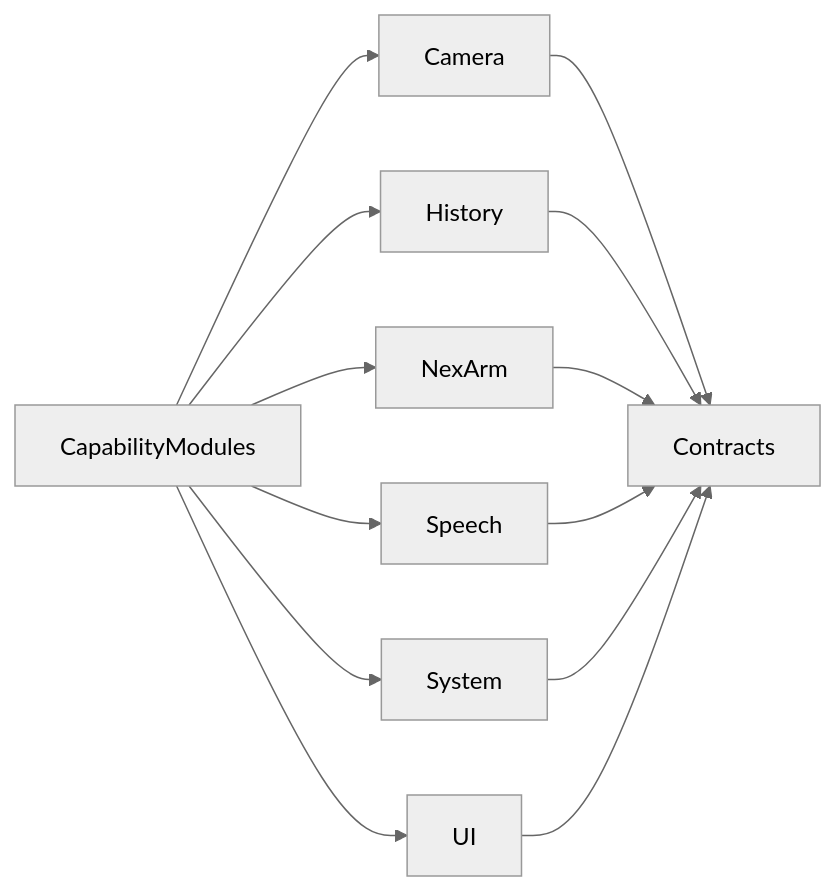
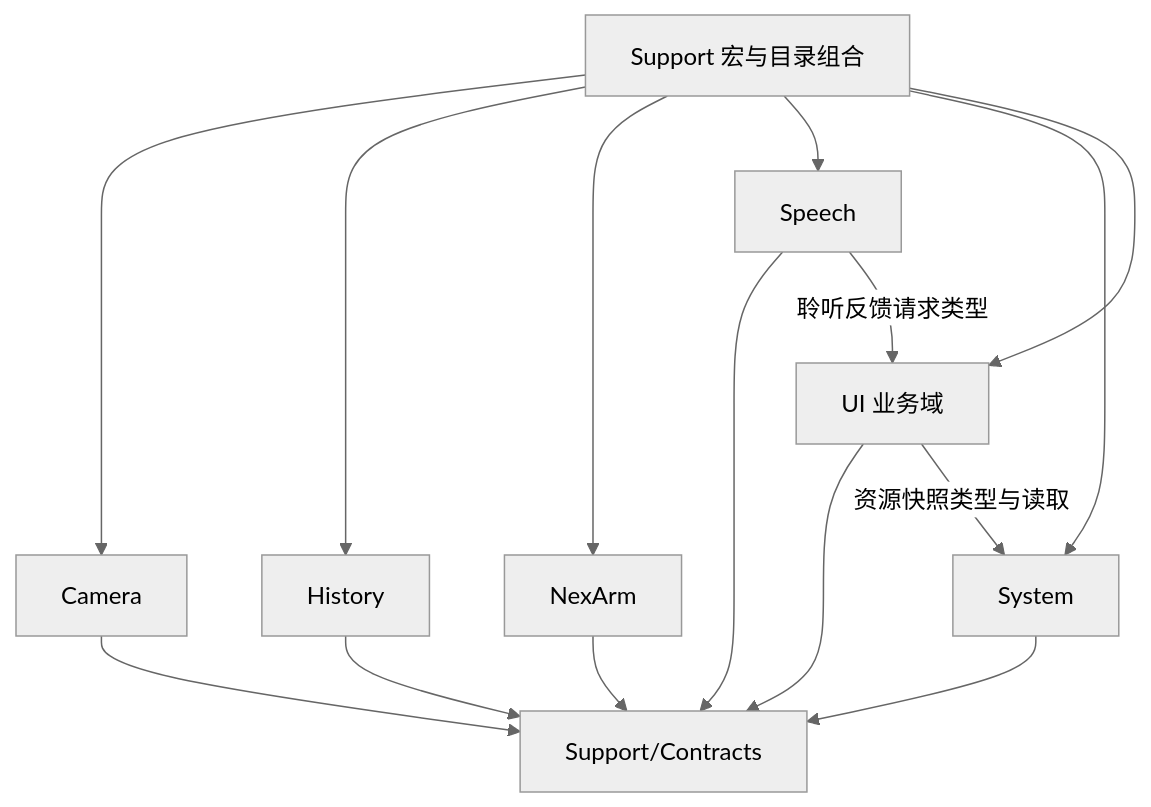
One commit to devilyouwei/MobileHarness changed the second of 2 diagrams in MobileHarness/Actions/README.md. Above: the diagram before and after it, drawn with Mermaid (neutral theme). The commit also changed other lines of this file and 108 other files, not shown here.

````diff
--- a/MobileHarness/Actions/README.md
+++ b/MobileHarness/Actions/README.md
@@ -27,15 +32,17 @@
 ```mermaid
-flowchart LR
- Catalog[CapabilityModules] --> Camera
- Catalog --> History
- Catalog --> NexArm
- Catalog --> Speech
- Catalog --> System
- Catalog --> UI
- Camera --> Contracts
- History --> Contracts
- NexArm --> Contracts
- Speech --> Contracts
- System --> Contracts
- UI --> Contracts
+flowchart TB
+    Shared[Support 宏与目录组合] --> Camera
+    Shared --> History
+    Shared --> NexArm
+    Shared --> Speech
+    Shared --> System
+    Shared --> Presentation[UI 业务域]
+    Camera --> C[Support/Contracts]
+    History --> C
+    NexArm --> C
+    Speech --> C
+    System --> C
+    Presentation --> C
+    Speech -->|聆听反馈请求类型| Presentation
+    Presentation -->|资源快照类型与读取| System
 ```
````
